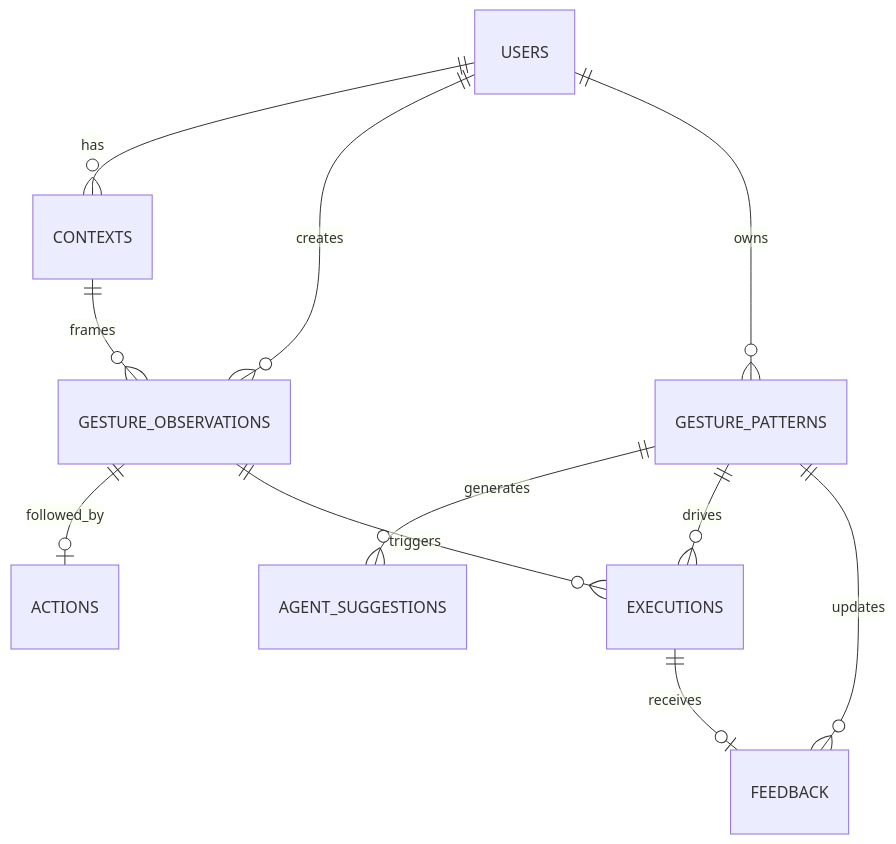
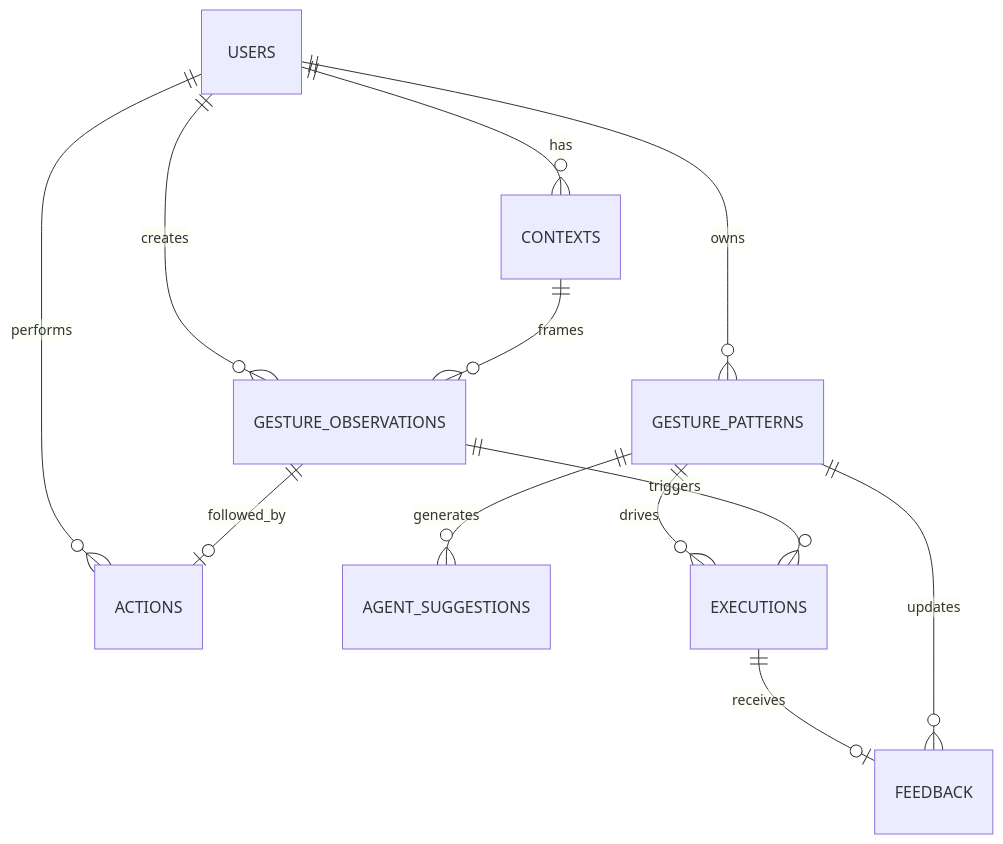
One commit to Wanted-WAVE-ON/WAVE-ON changed the diagram in docs/erd.md. Above: the diagram before and after it, drawn with Mermaid. The commit also changed other lines of this file and 3 other files, not shown here.

````diff
--- a/docs/erd.md
+++ b/docs/erd.md
@@ -8,13 +8,14 @@
 ```mermaid
 erDiagram
     USERS ||--o{ CONTEXTS : has
     USERS ||--o{ GESTURE_OBSERVATIONS : creates
+    USERS ||--o{ ACTIONS : performs
     CONTEXTS ||--o{ GESTURE_OBSERVATIONS : frames
     GESTURE_OBSERVATIONS ||--o| ACTIONS : followed_by
     USERS ||--o{ GESTURE_PATTERNS : owns
     GESTURE_PATTERNS ||--o{ AGENT_SUGGESTIONS : generates
     GESTURE_PATTERNS ||--o{ EXECUTIONS : drives
     GESTURE_OBSERVATIONS ||--o{ EXECUTIONS : triggers
     EXECUTIONS ||--o| FEEDBACK : receives
     GESTURE_PATTERNS ||--o{ FEEDBACK : updates
 ```
````
